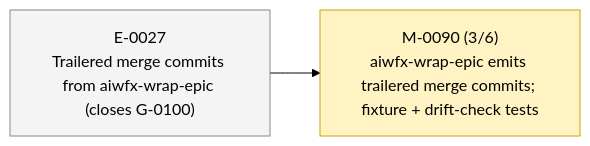
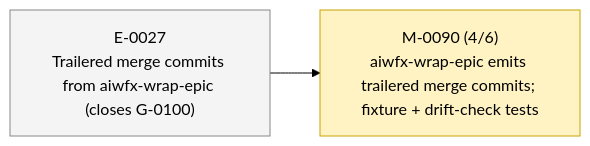
Before and after one commit to 23min/aiwf: the second of 2 diagrams in STATUS.md, drawn with Mermaid (forest theme). The commit also changed other lines of this file and 1 other file, not shown here.

````diff
--- a/STATUS.md
+++ b/STATUS.md
@@ -51,12 +51,12 @@
 ```mermaid
 flowchart LR
   E_0027["E-0027<br/>Trailered merge commits from aiwfx-wrap-epic (closes G-0100)"]:::epic_proposed
-  M_0090["M-0090 (3/6)<br/>aiwfx-wrap-epic emits trailered merge commits; fixture + drift-check tests"]:::ms_in_progress
+  M_0090["M-0090 (4/6)<br/>aiwfx-wrap-epic emits trailered merge commits; fixture + drift-check tests"]:::ms_in_progress
   E_0027 --> M_0090
   classDef epic_active fill:#d6eaff,stroke:#1a73e8,color:#000
   classDef epic_proposed fill:#f4f4f4,stroke:#888,color:#000
   classDef ms_done fill:#d8f5d8,stroke:#2a8a2a,color:#000
   classDef ms_in_progress fill:#fff3c4,stroke:#caa400,color:#000
   classDef ms_draft fill:#f4f4f4,stroke:#888,color:#000
   classDef ms_cancelled fill:#fbeaea,stroke:#c33,color:#000
 ```
````
